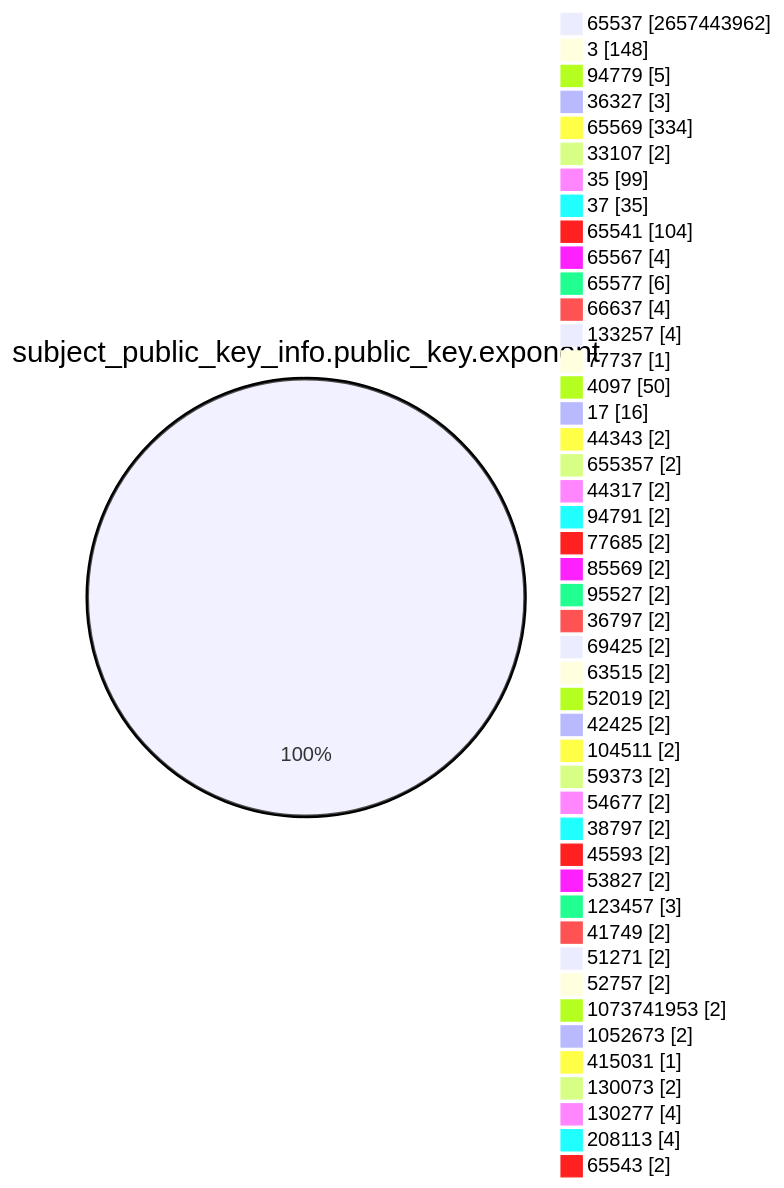
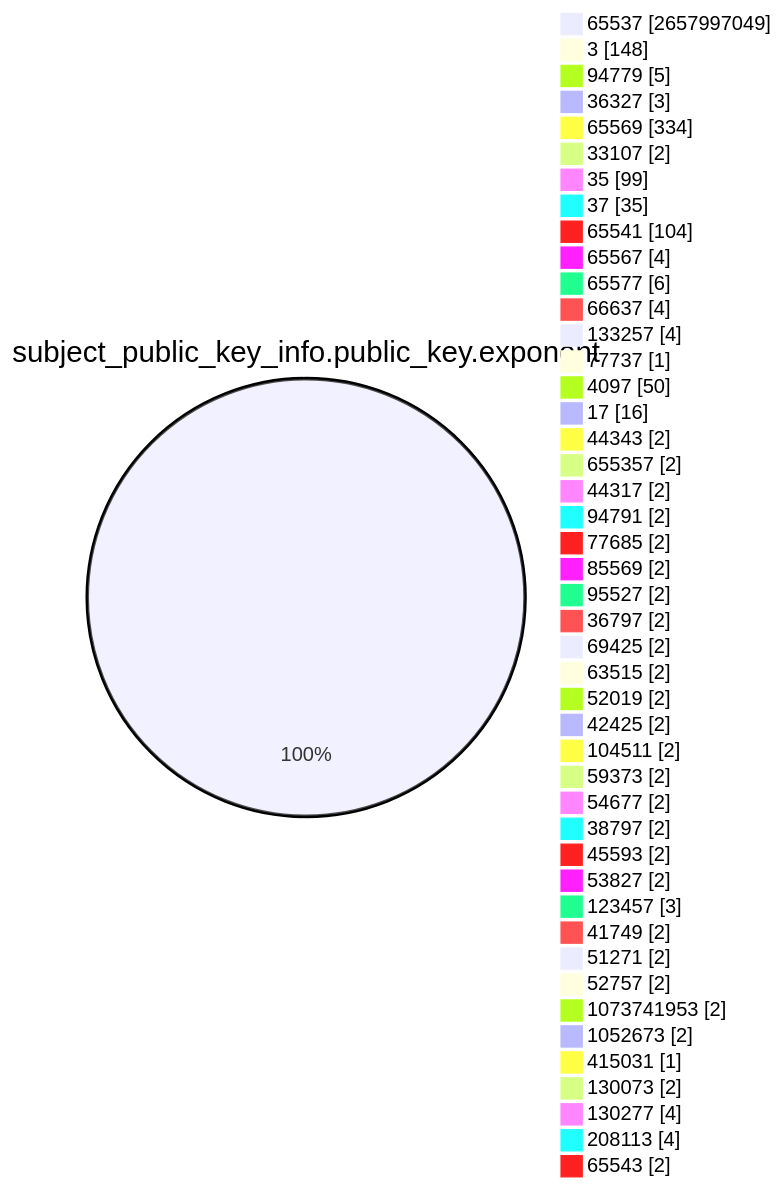
One commit to christiankrug/ctmonitor_visualization changed the fourth of 15 diagrams in TOTAL/README.md. Above: the diagram before and after it, drawn with Mermaid. The commit also changed other lines of this file, not shown here.

````diff
--- a/TOTAL/README.md
+++ b/TOTAL/README.md
@@ -1467,49 +1467,49 @@
 ```mermaid
 pie showData
 title subject_public_key_info.public_key.exponent
-"65537" :2657443962
+"65537" :2657997049
 "3" :148
 "94779" :5
 "36327" :3
 "65569" :334
 "33107" :2
 "35" :99
 "37" :35
 "65541" :104
 "65567" :4
 "65577" :6
 "66637" :4
 "133257" :4
 "77737" :1
 "4097" :50
 "17" :16
 "44343" :2
 "655357" :2
 "44317" :2
 "94791" :2
 "77685" :2
 "85569" :2
 "95527" :2
 "36797" :2
 "69425" :2
 "63515" :2
 "52019" :2
 "42425" :2
 "104511" :2
 "59373" :2
 "54677" :2
 "38797" :2
 "45593" :2
 "53827" :2
 "123457" :3
 "41749" :2
 "51271" :2
 "52757" :2
 "1073741953" :2
 "1052673" :2
 "415031" :1
 "130073" :2
 "130277" :4
 "208113" :4
 "65543" :2
 ```
````
